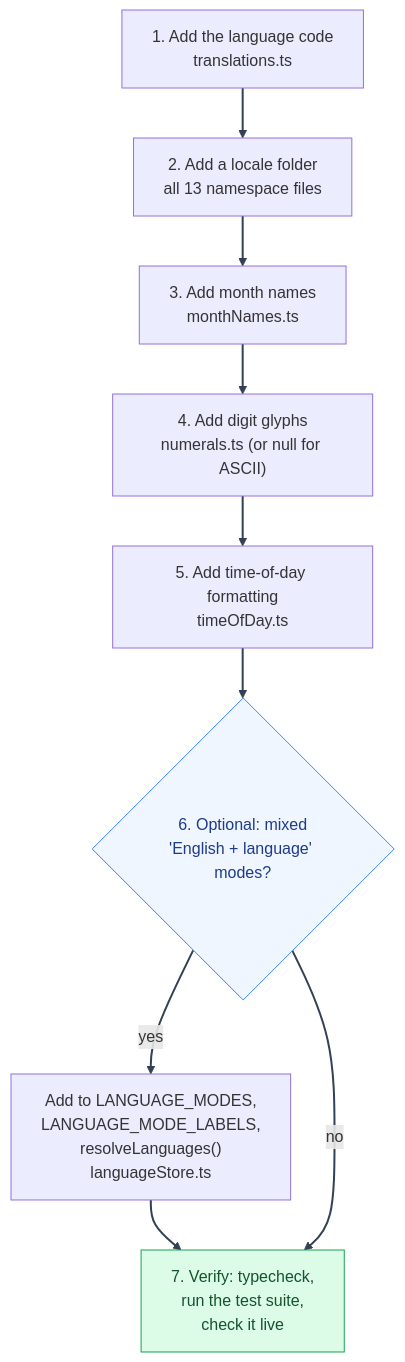
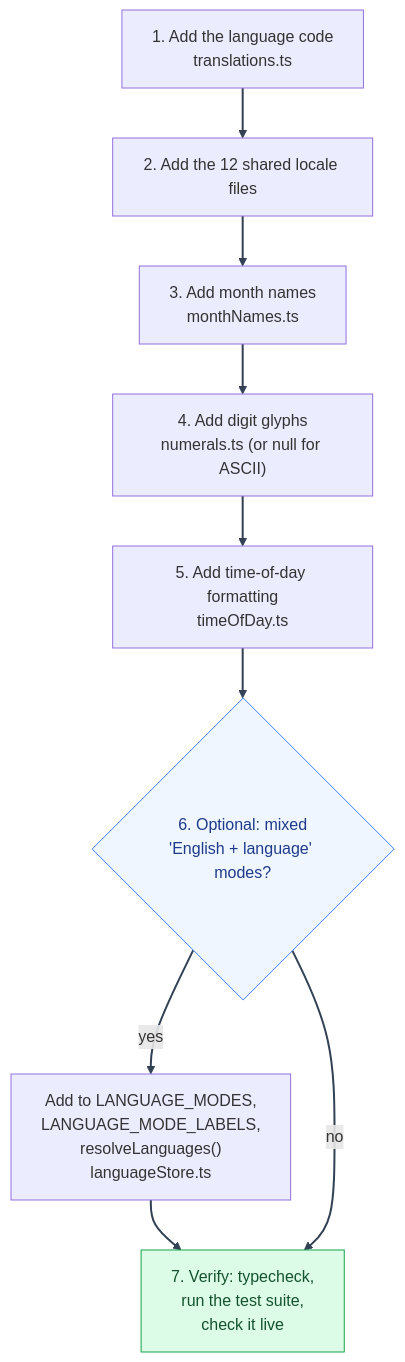
The diagram in docs/mystic_auth/translations/adding-a-language.md (Nachiket-2024/mystic-auth), drawn with Mermaid before and after one commit. The commit also changed other lines of this file and 292 other files, not shown here.

````diff
--- a/docs/mystic_auth/translations/adding-a-language.md
+++ b/docs/mystic_auth/translations/adding-a-language.md
@@ -12,22 +20,22 @@
 ```mermaid
 %%{init: {"themeVariables": {"lineColor": "#334155"}} }%%
 flowchart TD
     S1["1. Add the language code\ntranslations.ts"]
-    S2["2. Add a locale folder\nall 13 namespace files"]
+    S2["2. Add the 12 shared locale files"]
     S3["3. Add month names\nmonthNames.ts"]
     S4["4. Add digit glyphs\nnumerals.ts (or null for ASCII)"]
     S5["5. Add time-of-day formatting\ntimeOfDay.ts"]
     S6{"6. Optional: mixed\n'English + language' modes?"}
     S6a["Add to LANGUAGE_MODES,\nLANGUAGE_MODE_LABELS,\nresolveLanguages()\nlanguageStore.ts"]
     S7["7. Verify: typecheck,\nrun the test suite,\ncheck it live"]
 
     S1 --> S2 --> S3 --> S4 --> S5 --> S6
     S6 -- "yes" --> S6a --> S7
     S6 -- "no" --> S7
 
     classDef decision fill:#eff6ff,stroke:#3b82f6,color:#1e3a8a
     classDef terminal fill:#dcfce7,stroke:#16a34a,color:#14532d
     class S6 decision
     class S7 terminal
     linkStyle default stroke:#334155,stroke-width:2px
 ```
````
